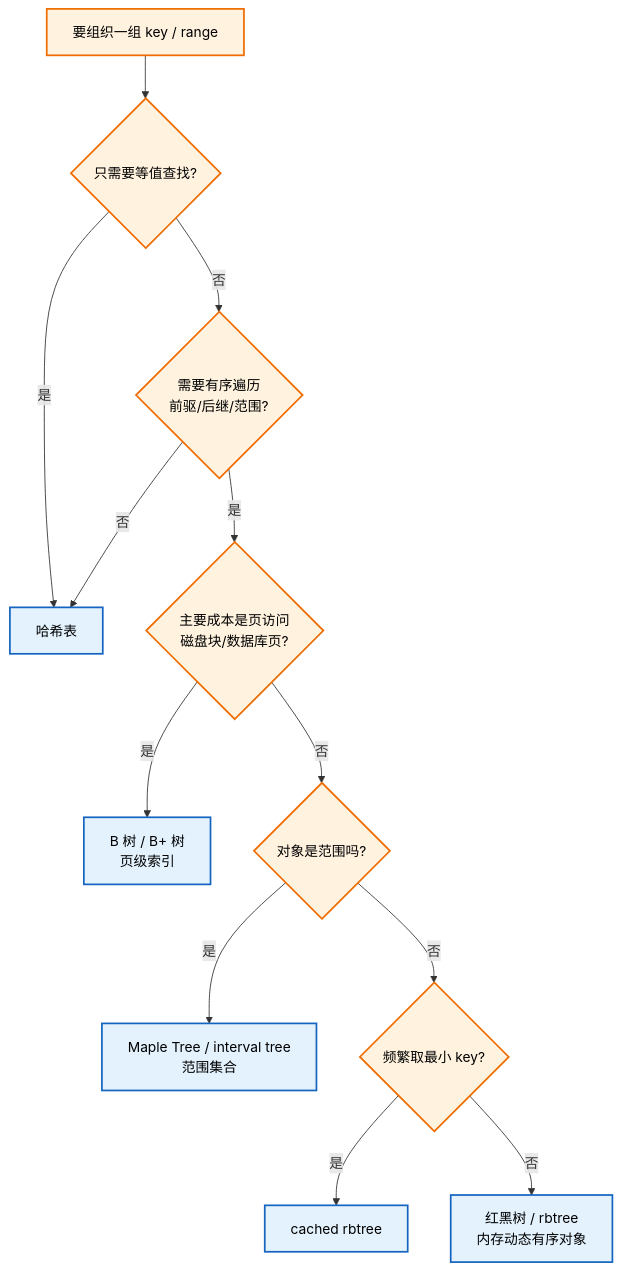
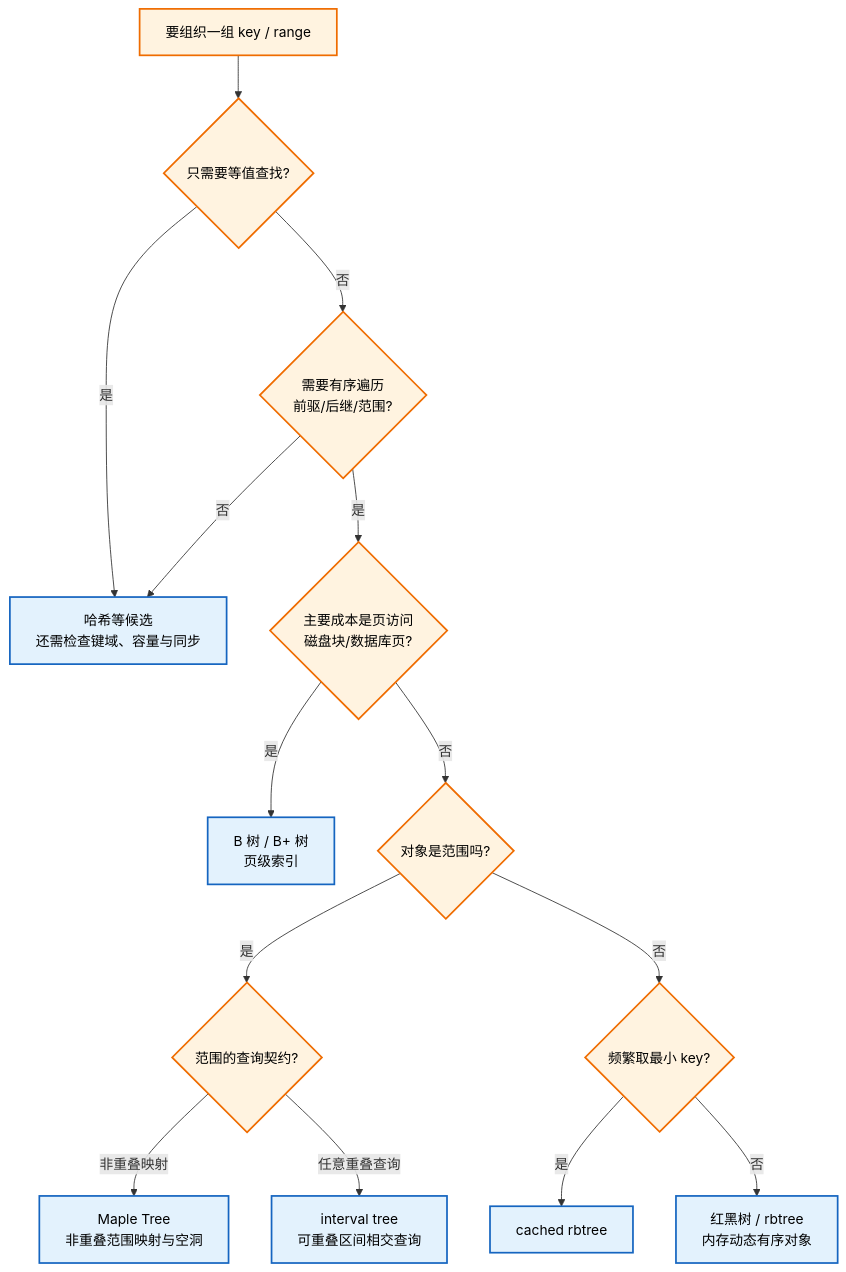
One commit to FormingSystem/linux_note changed the seventh of 7 diagrams in knowledge/linux/data_structures/红黑树_rb-tree/P13_再扩展到_B_树与_B+_树.md. Above: the diagram before and after it, drawn with Mermaid. The commit also changed other lines of this file and 10 other files, not shown here.

````diff
--- a/knowledge/linux/data_structures/红黑树_rb-tree/P13_再扩展到_B_树与_B+_树.md
+++ b/knowledge/linux/data_structures/红黑树_rb-tree/P13_再扩展到_B_树与_B+_树.md
@@ -1106,31 +554,35 @@
 ```mermaid
 flowchart TD
 	start["要组织一组 key / range"]
 	eq{"只需要等值查找?"}
-	hash["哈希表"]
+	hash["哈希等候选<br/>还需检查键域、容量与同步"]
 	order{"需要有序遍历<br/>前驱/后继/范围?"}
 	rb["红黑树 / rbtree<br/>内存动态有序对象"]
 	page{"主要成本是页访问<br/>磁盘块/数据库页?"}
 	bplus["B 树 / B+ 树<br/>页级索引"]
 	range{"对象是范围吗?"}
-	maple["Maple Tree / interval tree<br/>范围集合"]
+	overlap{"范围的查询契约?"}
+	maple["Maple Tree<br/>非重叠范围映射与空洞"]
+	interval["interval tree<br/>可重叠区间相交查询"]
 	min{"频繁取最小 key?"}
 	cached["cached rbtree"]
 
 	start --> eq
 	eq -->|是| hash
 	eq -->|否| order
 	order -->|否| hash
 	order -->|是| page
 	page -->|是| bplus
 	page -->|否| range
-	range -->|是| maple
+	range -->|是| overlap
+	overlap -->|非重叠映射| maple
+	overlap -->|任意重叠查询| interval
 	range -->|否| min
 	min -->|是| cached
 	min -->|否| rb
 
 	classDef choice fill:#fff3e0,stroke:#ef6c00,color:#000,stroke-width:2px;
 	classDef struct fill:#e3f2fd,stroke:#1565c0,color:#000,stroke-width:2px;
-	class start,eq,order,page,range,min choice;
-	class hash,rb,bplus,maple,cached struct;
+	class start,eq,order,page,range,overlap,min choice;
+	class hash,rb,bplus,maple,interval,cached struct;
 ```
````
